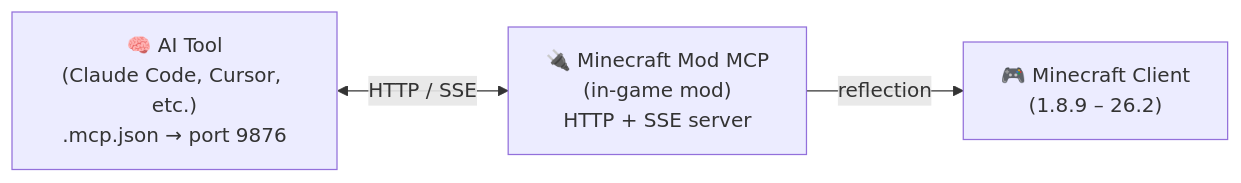
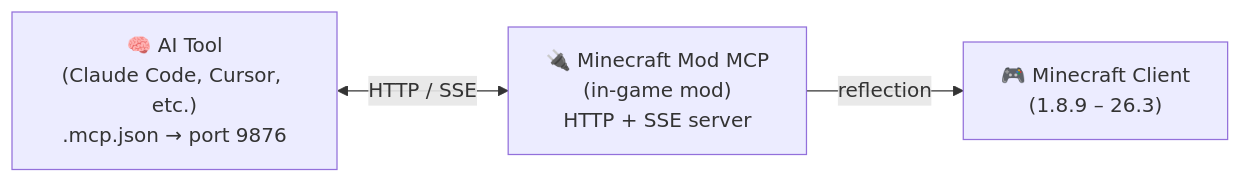
The diagram in README.md (langyo/minecraft-mod-mcp), drawn with Mermaid before and after one commit. The commit also changed other lines of this file and 51 other files, not shown here.

````diff
--- a/README.md
+++ b/README.md
@@ -132,9 +133,9 @@
 ```mermaid
 flowchart LR
     A["🧠 AI Tool<br/>(Claude Code, Cursor, etc.)<br/>.mcp.json → port 9876"]
     B["🔌 Minecraft Mod MCP<br/>(in-game mod)<br/>HTTP + SSE server"]
-    C["🎮 Minecraft Client<br/>(1.8.9 – 26.2)"]
+    C["🎮 Minecraft Client<br/>(1.8.9 – 26.3)"]
 
     A <-- "HTTP / SSE" --> B
     B -- "reflection" --> C
 ```
````
